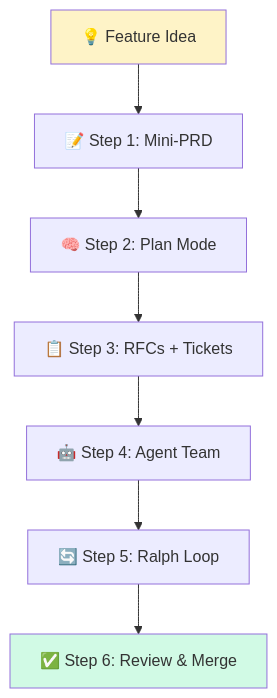
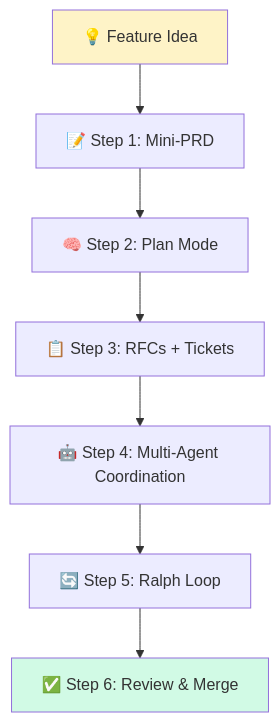
Before and after one commit to mariusjcb/gh-agentic-code-guides: the diagram in Part 5 — Daily Scenarios/21-new-feature.md, drawn with Mermaid. The commit also changed other lines of this file and 3 other files, not shown here.

````diff
--- a/Part 5 — Daily Scenarios/21-new-feature.md
+++ b/Part 5 — Daily Scenarios/21-new-feature.md
@@ -29,12 +29,12 @@
 ```mermaid
 flowchart TD
     A["💡 Feature Idea"] --> B["📝 Step 1: Mini-PRD"]
     B --> C["🧠 Step 2: Plan Mode"]
     C --> D["📋 Step 3: RFCs + Tickets"]
-    D --> E["🤖 Step 4: Agent Team"]
+    D --> E["🤖 Step 4: Multi-Agent Coordination"]
     E --> F["🔄 Step 5: Ralph Loop"]
     F --> G["✅ Step 6: Review & Merge"]
 
     style A fill:#fef3c7
     style G fill:#d1fae5
 ```
````
